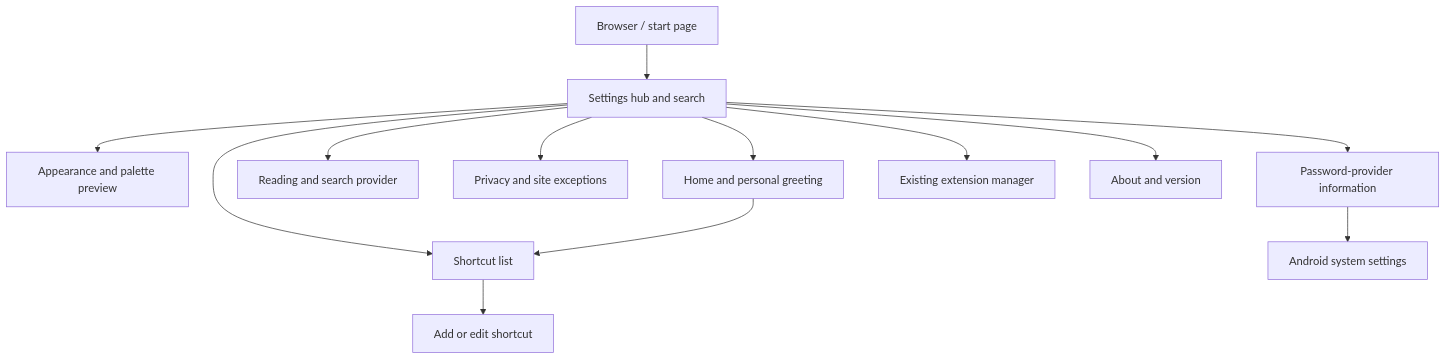
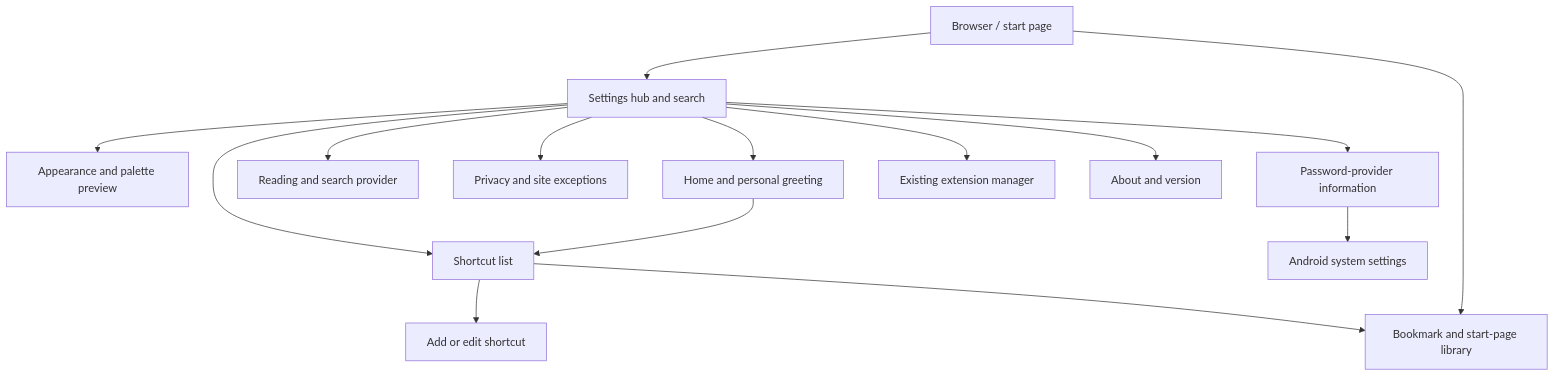
One commit to Tufein/Veyra changed the diagram in docs/settings-design.md. Above: the diagram before and after it, drawn with Mermaid. The commit also changed other lines of this file and 40 other files, not shown here.

Commit message:
Unify bookmarks and shortcuts and refine Material browser panels

````diff
--- a/docs/settings-design.md
+++ b/docs/settings-design.md
@@ -7,15 +9,17 @@
 ```mermaid
 flowchart TD
     Browser[Browser / start page] --> Hub[Settings hub and search]
     Hub --> Appearance[Appearance and palette preview]
     Hub --> Home[Home and personal greeting]
     Hub --> Reading[Reading and search provider]
     Hub --> Privacy[Privacy and site exceptions]
     Hub --> Shortcuts[Shortcut list]
     Home --> Shortcuts
     Shortcuts --> Editor[Add or edit shortcut]
+    Shortcuts --> Library[Bookmark and start-page library]
+    Browser --> Library
     Hub --> Passwords[Password-provider information]
     Hub --> Extensions[Existing extension manager]
     Hub --> About[About and version]
     Passwords --> Android[Android system settings]
 ```
````
